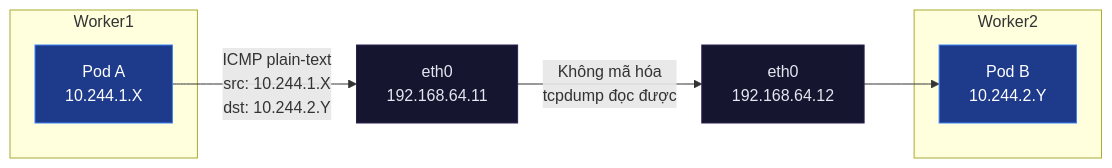
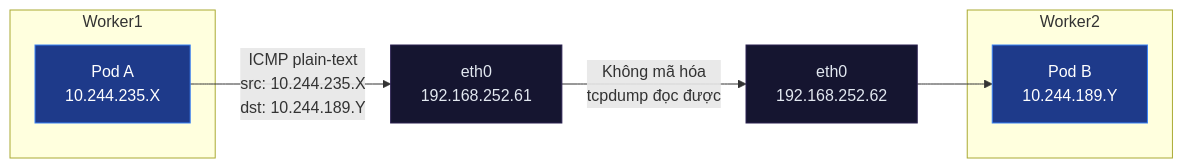
The first of 2 diagrams in kubernetes-networking/k8s-lab/tap-17-wireguard/lab-guide.md (thangphan205/network-thuc-chien), drawn with Mermaid before and after one commit. The commit also changed other lines of this file and 1 other file, not shown here.

````diff
--- a/kubernetes-networking/k8s-lab/tap-17-wireguard/lab-guide.md
+++ b/kubernetes-networking/k8s-lab/tap-17-wireguard/lab-guide.md
@@ -22,18 +22,18 @@
 ```mermaid
 graph LR
     subgraph Worker1
-        PodA["Pod A\n10.244.1.X"]
+        PodA["Pod A\n10.244.235.X"]
     end
     subgraph Worker2
-        PodB["Pod B\n10.244.2.Y"]
+        PodB["Pod B\n10.244.189.Y"]
     end
 
-    PodA -->|"ICMP plain-text\nsrc: 10.244.1.X\ndst: 10.244.2.Y"| eth0_w1["eth0\n192.168.64.11"]
-    eth0_w1 -->|"Không mã hóa\ntcpdump đọc được"| eth0_w2["eth0\n192.168.64.12"]
+    PodA -->|"ICMP plain-text\nsrc: 10.244.235.X\ndst: 10.244.189.Y"| eth0_w1["eth0\n192.168.252.61"]
+    eth0_w1 -->|"Không mã hóa\ntcpdump đọc được"| eth0_w2["eth0\n192.168.252.62"]
     eth0_w2 --> PodB
 
     classDef pod fill:#1e3a8a,stroke:#3b82f6,color:#fff;
     classDef nic fill:#151530,stroke:#2a2050,color:#e2e8f0;
     class PodA,PodB pod;
     class eth0_w1,eth0_w2 nic;
 ```
````
